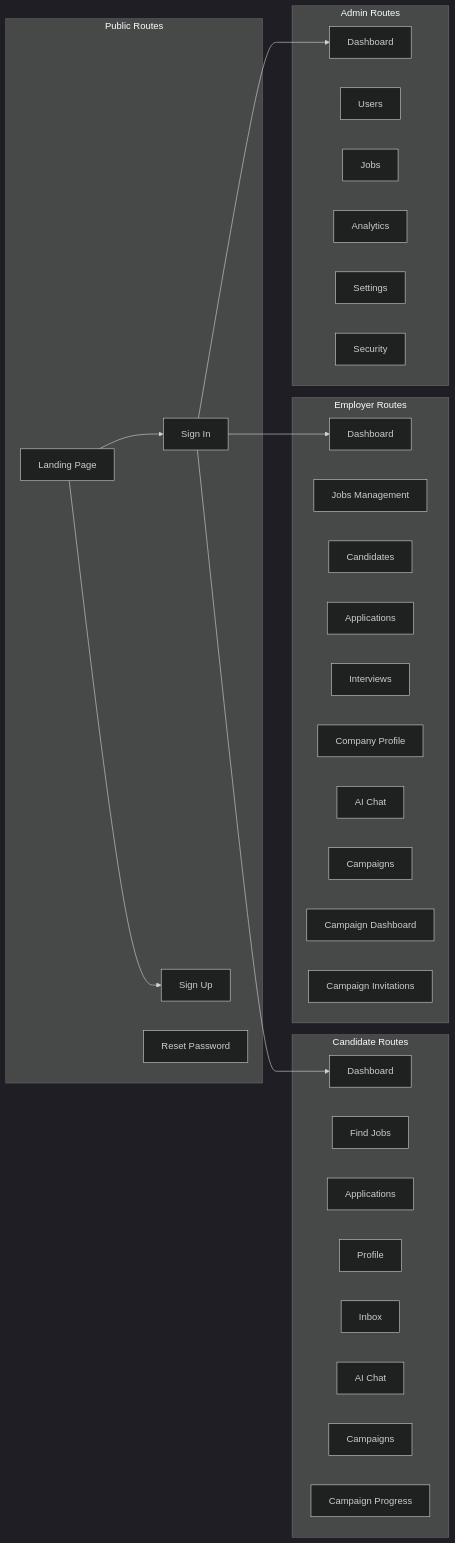
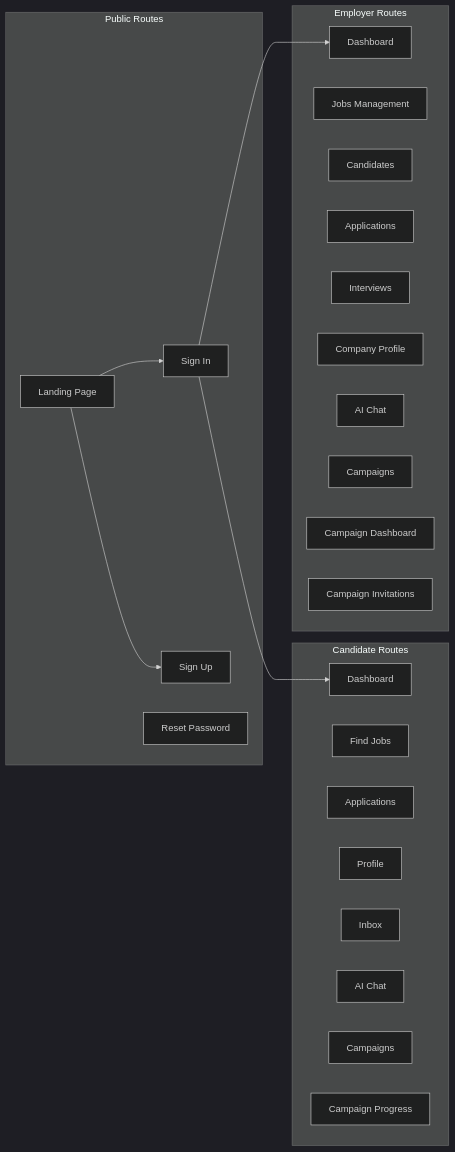
The third of 11 diagrams in ARCHITECTURE.md (theadhithyankr/PANI_X), drawn with Mermaid (dark theme) before and after one commit. The commit also changed other lines of this file and 4 other files, not shown here.

First line of the commit message:
docs: add comprehensive system architecture and block diagrams

````diff
--- a/ARCHITECTURE.md
+++ b/ARCHITECTURE.md
@@ -246,48 +246,38 @@
 ```mermaid
 graph LR
     subgraph "Public Routes"
         Landing[Landing Page]
         SignIn[Sign In]
         SignUp[Sign Up]
         ResetPwd[Reset Password]
     end
 
     subgraph "Candidate Routes"
         CandDash[Dashboard]
         FindJobs[Find Jobs]
         Applications[Applications]
         Profile[Profile]
         Inbox[Inbox]
         CandAI[AI Chat]
         CandCampaigns[Campaigns]
         CampProgress[Campaign Progress]
     end
 
     subgraph "Employer Routes"
         EmpDash[Dashboard]
         EmpJobs[Jobs Management]
         EmpCandidates[Candidates]
         EmpApplications[Applications]
         EmpInterviews[Interviews]
         EmpCompany[Company Profile]
         EmpAI[AI Chat]
         EmpCampaigns[Campaigns]
         CampDashboard[Campaign Dashboard]
         CampInvitations[Campaign Invitations]
     end
 
-    subgraph "Admin Routes"
-        AdminDash[Dashboard]
-        AdminUsers[Users]
-        AdminJobs[Jobs]
-        AdminAnalytics[Analytics]
-        AdminSettings[Settings]
-        AdminSecurity[Security]
-    end
-
     Landing --> SignIn
     Landing --> SignUp
     SignIn --> CandDash
     SignIn --> EmpDash
-    SignIn --> AdminDash
 ```
````
